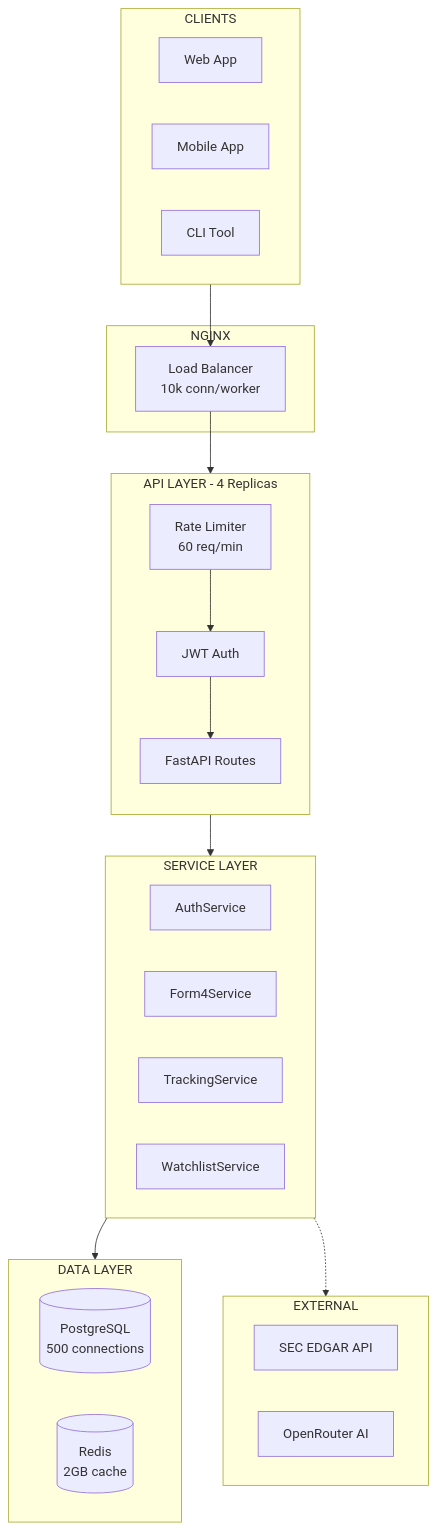
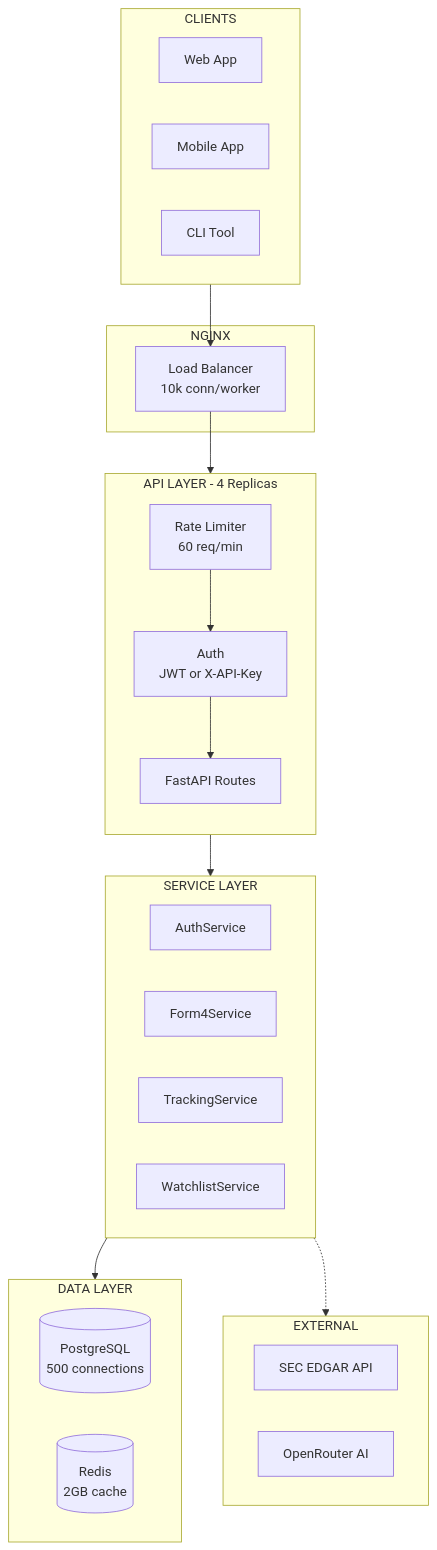
The first of 2 diagrams in FLOW.md (undeemed/SEC-Tracker), drawn with Mermaid before and after one commit. The commit also changed other lines of this file and 59 other files, not shown here.

````diff
--- a/FLOW.md
+++ b/FLOW.md
@@ -5,44 +5,44 @@
 ```mermaid
 flowchart TB
     subgraph Clients [CLIENTS]
         Web[Web App]
         Mobile[Mobile App]
         CLI[CLI Tool]
     end
 
     subgraph LoadBalancer [NGINX]
         LB[Load Balancer<br/>10k conn/worker]
     end
 
     subgraph API [API LAYER - 4 Replicas]
         direction TB
         Rate[Rate Limiter<br/>60 req/min]
-        Auth[JWT Auth]
+        Auth[Auth<br/>JWT or X-API-Key]
         Routes[FastAPI Routes]
     end
 
     subgraph Services [SERVICE LAYER]
         AuthSvc[AuthService]
         Form4Svc[Form4Service]
         TrackSvc[TrackingService]
         WatchSvc[WatchlistService]
     end
 
     subgraph Data [DATA LAYER]
         PG[(PostgreSQL<br/>500 connections)]
         Redis[(Redis<br/>2GB cache)]
     end
 
     subgraph External [EXTERNAL]
         SEC[SEC EDGAR API]
         AI[OpenRouter AI]
     end
 
     Clients --> LB
     LB --> Rate
     Rate --> Auth
     Auth --> Routes
     Routes --> Services
     Services --> Data
     Services -.-> External
 ```
````
